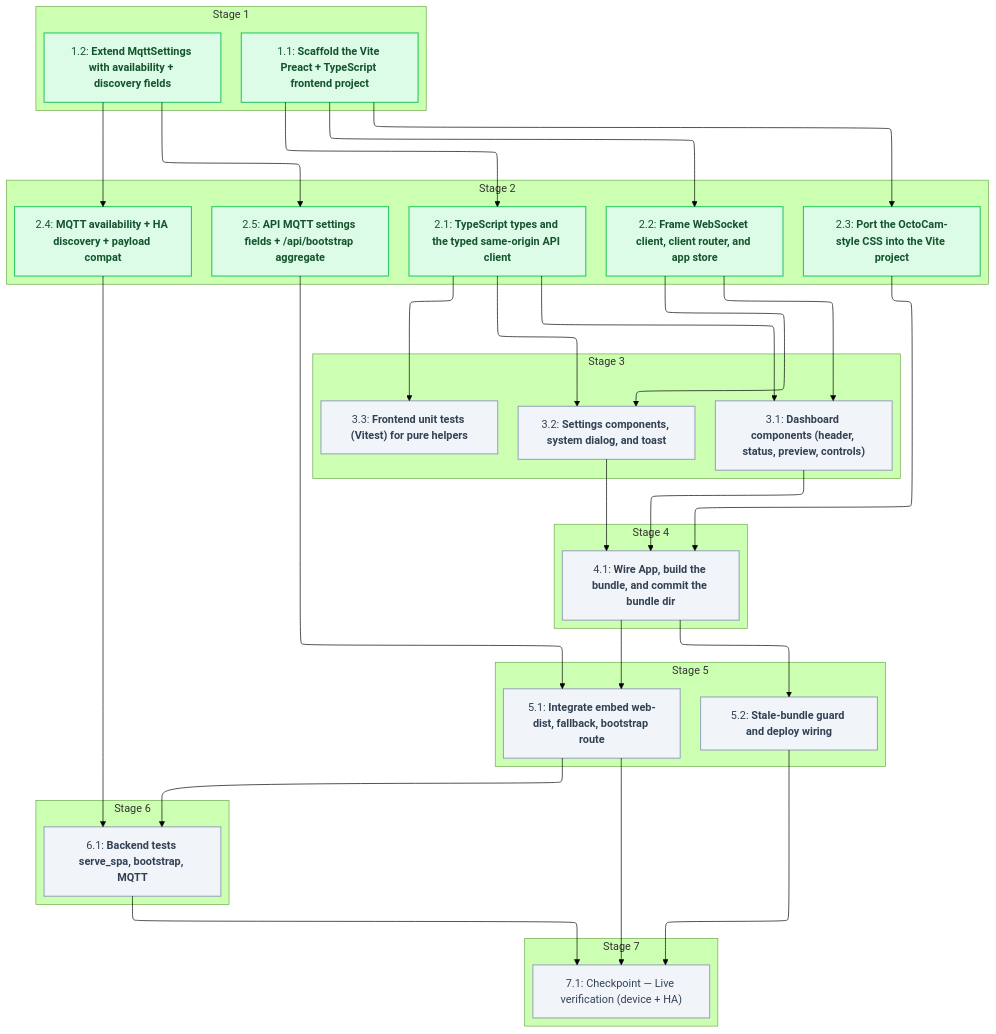
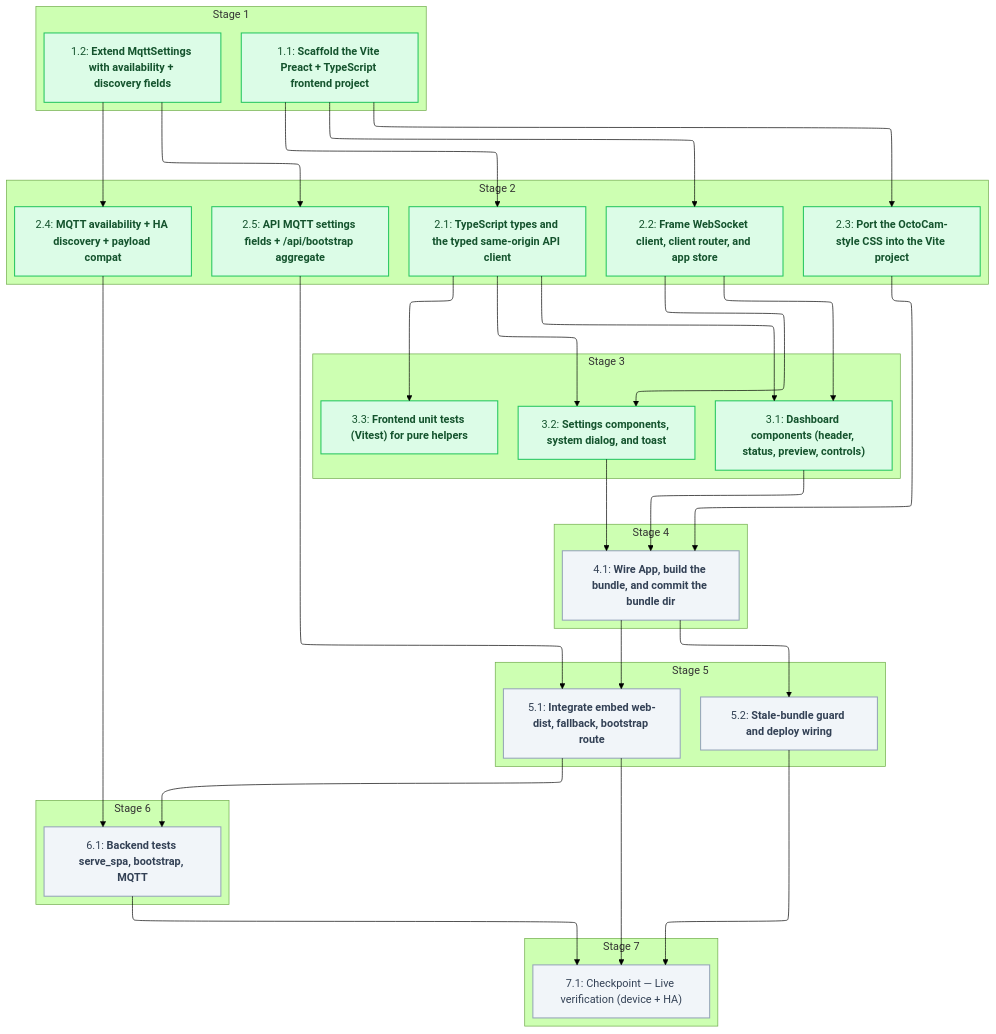
Before and after one commit to sohampatwardhan/MoodLightPi: the diagram in .specs/preact-frontend/04_tasks.md, drawn with Mermaid (forest theme). The commit also changed other lines of this file and 23 other files, not shown here.

````diff
--- a/.specs/preact-frontend/04_tasks.md
+++ b/.specs/preact-frontend/04_tasks.md
@@ -9,71 +9,71 @@
 ```mermaid
 %%{init: {'flowchart': {'defaultRenderer': 'elk'}}}%%
 flowchart TD
   classDef done fill:#dcfce7,stroke:#22c55e,stroke-width:1.5px,color:#14532d
   classDef pending fill:#f1f5f9,stroke:#94a3b8,stroke-width:1.5px,color:#334155
   subgraph n_stage_1["Stage 1"]
     n_1_1@{ shape: rect, label: "1.1: **Scaffold the Vite Preact + TypeScript frontend project**" }
     n_1_2@{ shape: rect, label: "1.2: **Extend MqttSettings with availability + discovery fields**" }
   end
   subgraph n_stage_2["Stage 2"]
     n_2_1@{ shape: rect, label: "2.1: **TypeScript types and the typed same-origin API client**" }
     n_2_2@{ shape: rect, label: "2.2: **Frame WebSocket client, client router, and app store**" }
     n_2_3@{ shape: rect, label: "2.3: **Port the OctoCam-style CSS into the Vite project**" }
     n_2_4@{ shape: rect, label: "2.4: **MQTT availability + HA discovery + payload compat**" }
     n_2_5@{ shape: rect, label: "2.5: **API MQTT settings fields + /api/bootstrap aggregate**" }
   end
   subgraph n_stage_3["Stage 3"]
     n_3_1@{ shape: rect, label: "3.1: **Dashboard components (header, status, preview, controls)**" }
     n_3_2@{ shape: rect, label: "3.2: **Settings components, system dialog, and toast**" }
     n_3_3@{ shape: rect, label: "3.3: **Frontend unit tests (Vitest) for pure helpers**" }
   end
   subgraph n_stage_4["Stage 4"]
     n_4_1@{ shape: rect, label: "4.1: **Wire App, build the bundle, and commit the bundle dir**" }
   end
   subgraph n_stage_5["Stage 5"]
     n_5_1@{ shape: rect, label: "5.1: **Integrate embed web-dist, fallback, bootstrap route**" }
     n_5_2@{ shape: rect, label: "5.2: **Stale-bundle guard and deploy wiring**" }
   end
   subgraph n_stage_6["Stage 6"]
     n_6_1@{ shape: rect, label: "6.1: **Backend tests serve_spa, bootstrap, MQTT**" }
   end
   subgraph n_stage_7["Stage 7"]
     n_7_1@{ shape: rect, label: "7.1: Checkpoint — Live verification (device + HA)" }
   end
   n_1_1 --> n_2_1
   n_1_1 --> n_2_2
   n_1_1 --> n_2_3
   n_1_2 --> n_2_4
   n_1_2 --> n_2_5
   n_2_1 --> n_3_1
   n_2_2 --> n_3_1
   n_2_1 --> n_3_2
   n_2_2 --> n_3_2
   n_2_1 --> n_3_3
   n_2_3 --> n_4_1
   n_3_1 --> n_4_1
   n_3_2 --> n_4_1
   n_4_1 --> n_5_1
   n_2_5 --> n_5_1
   n_4_1 --> n_5_2
   n_2_4 --> n_6_1
   n_5_1 --> n_6_1
   n_5_1 --> n_7_1
   n_5_2 --> n_7_1
   n_6_1 --> n_7_1
   class n_1_1 done
   class n_1_2 done
   class n_2_1 done
   class n_2_2 done
   class n_2_3 done
   class n_2_4 done
   class n_2_5 done
-  class n_3_1 pending
-  class n_3_2 pending
-  class n_3_3 pending
+  class n_3_1 done
+  class n_3_2 done
+  class n_3_3 done
   class n_4_1 pending
   class n_5_1 pending
   class n_5_2 pending
   class n_6_1 pending
   class n_7_1 pending
 ```
````
